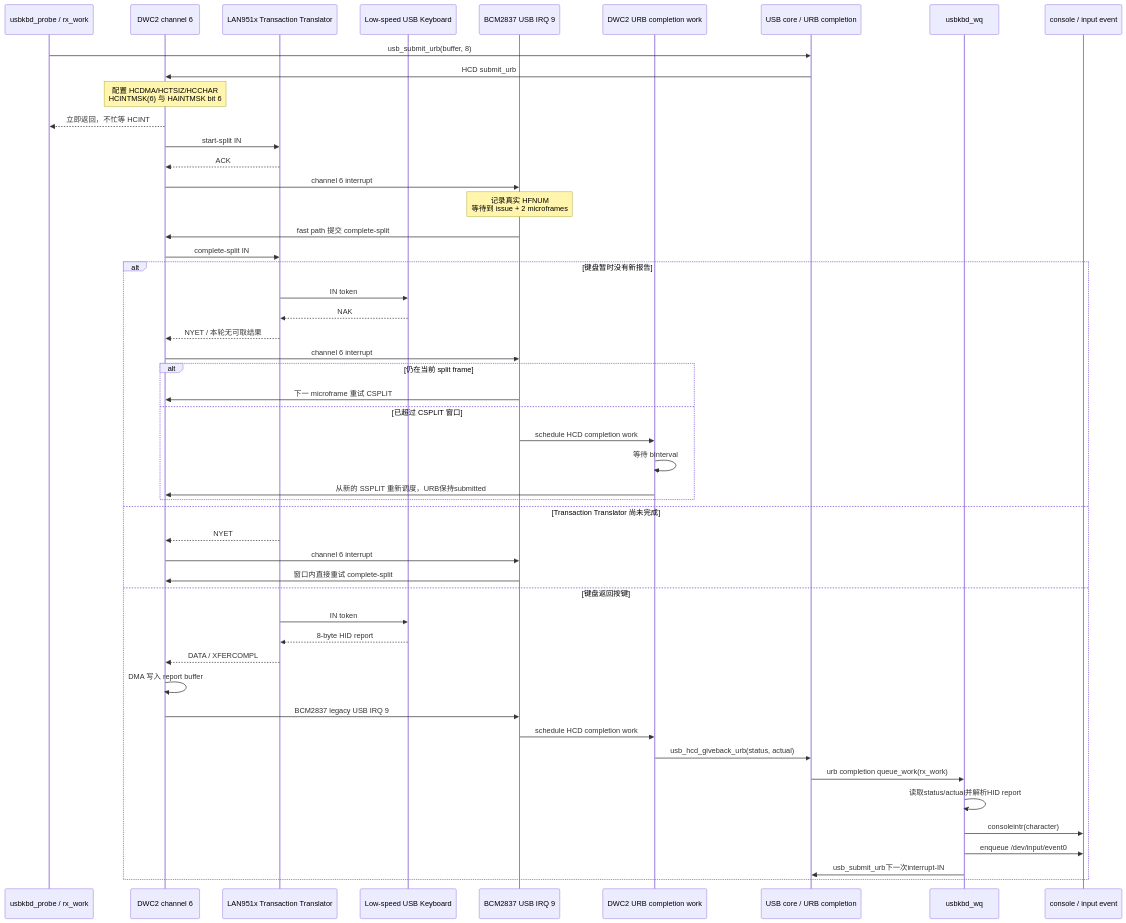
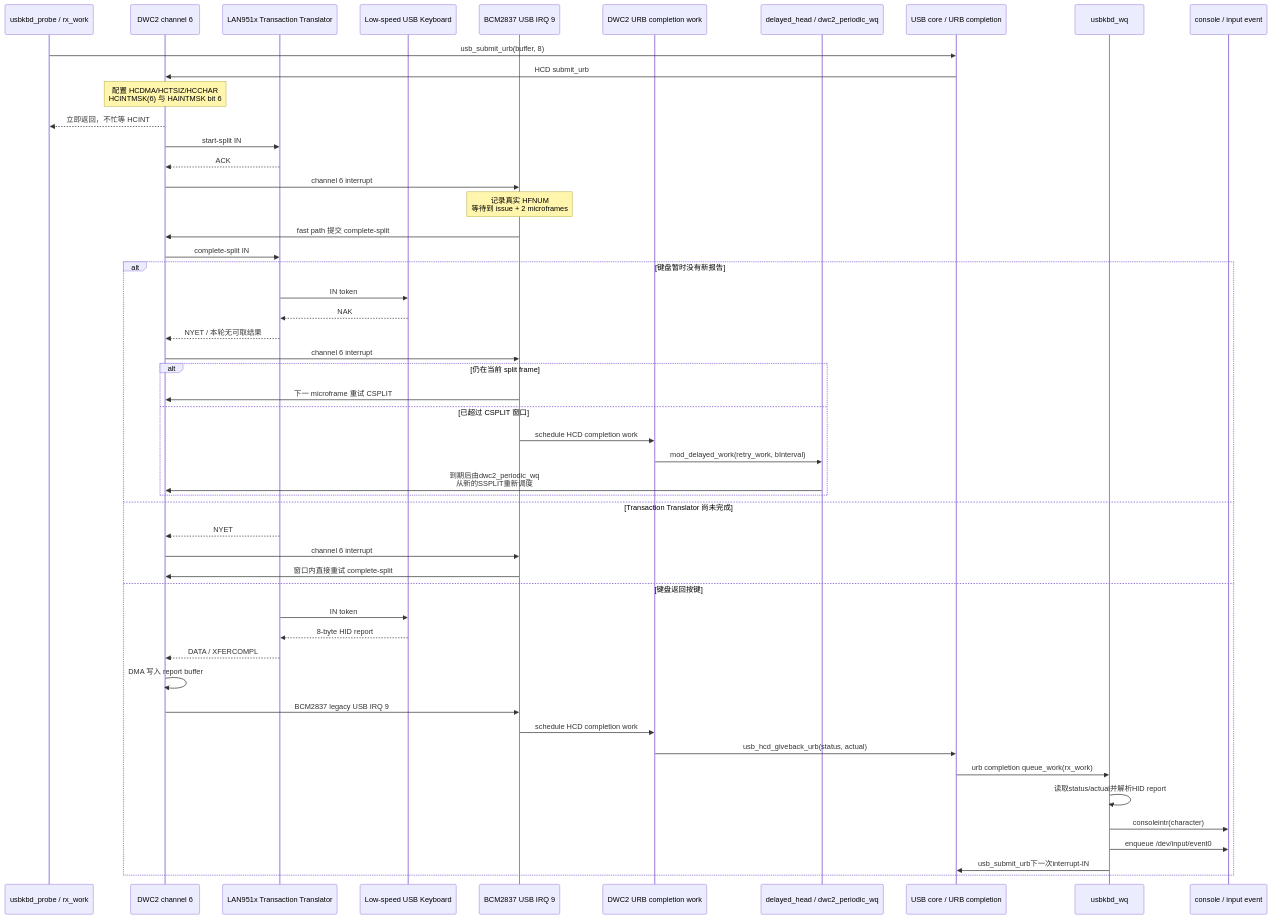
Before and after one commit to jimingkang/xv6-aarch64: the fourth of 10 diagrams in readme/readme_usb_keyboard.md, drawn with Mermaid. The commit also changed other lines of this file and 38 other files, not shown here.

````diff
--- a/readme/readme_usb_keyboard.md
+++ b/readme/readme_usb_keyboard.md
@@ -382,55 +445,56 @@
 ```mermaid
 sequenceDiagram
     participant K as usbkbd_probe / rx_work
     participant H as DWC2 channel 6
     participant TT as LAN951x Transaction Translator
     participant KB as Low-speed USB Keyboard
     participant IRQ as BCM2837 USB IRQ 9
     participant HCW as DWC2 URB completion work
+    participant DELAY as delayed_head / dwc2_periodic_wq
     participant URB as USB core / URB completion
     participant WQ as usbkbd_wq
     participant C as console / input event
 
     K->>URB: usb_submit_urb(buffer, 8)
     URB->>H: HCD submit_urb
     Note over H: 配置 HCDMA/HCTSIZ/HCCHAR<br/>HCINTMSK(6) 与 HAINTMSK bit 6
     H-->>K: 立即返回，不忙等 HCINT
 
     H->>TT: start-split IN
     TT-->>H: ACK
     H->>IRQ: channel 6 interrupt
     Note over IRQ: 记录真实 HFNUM<br/>等待到 issue + 2 microframes
     IRQ->>H: fast path 提交 complete-split
     H->>TT: complete-split IN
 
     alt 键盘暂时没有新报告
         TT->>KB: IN token
         KB-->>TT: NAK
         TT-->>H: NYET / 本轮无可取结果
         H->>IRQ: channel 6 interrupt
         alt 仍在当前 split frame
             IRQ->>H: 下一 microframe 重试 CSPLIT
         else 已超过 CSPLIT 窗口
             IRQ->>HCW: schedule HCD completion work
-            HCW->>HCW: 等待 bInterval
-            HCW->>H: 从新的 SSPLIT 重新调度，URB保持submitted
+            HCW->>DELAY: mod_delayed_work(retry_work, bInterval)
+            DELAY->>H: 到期后由dwc2_periodic_wq<br/>从新的SSPLIT重新调度
         end
     else Transaction Translator 尚未完成
         TT-->>H: NYET
         H->>IRQ: channel 6 interrupt
         IRQ->>H: 窗口内直接重试 complete-split
     else 键盘返回按键
         TT->>KB: IN token
         KB-->>TT: 8-byte HID report
         TT-->>H: DATA / XFERCOMPL
         H->>H: DMA 写入 report buffer
         H->>IRQ: BCM2837 legacy USB IRQ 9
         IRQ->>HCW: schedule HCD completion work
         HCW->>URB: usb_hcd_giveback_urb(status, actual)
         URB->>WQ: urb completion queue_work(rx_work)
         WQ->>WQ: 读取status/actual并解析HID report
         WQ->>C: consoleintr(character)
         WQ->>C: enqueue /dev/input/event0
         WQ->>URB: usb_submit_urb下一次interrupt-IN
     end
 ```
````
